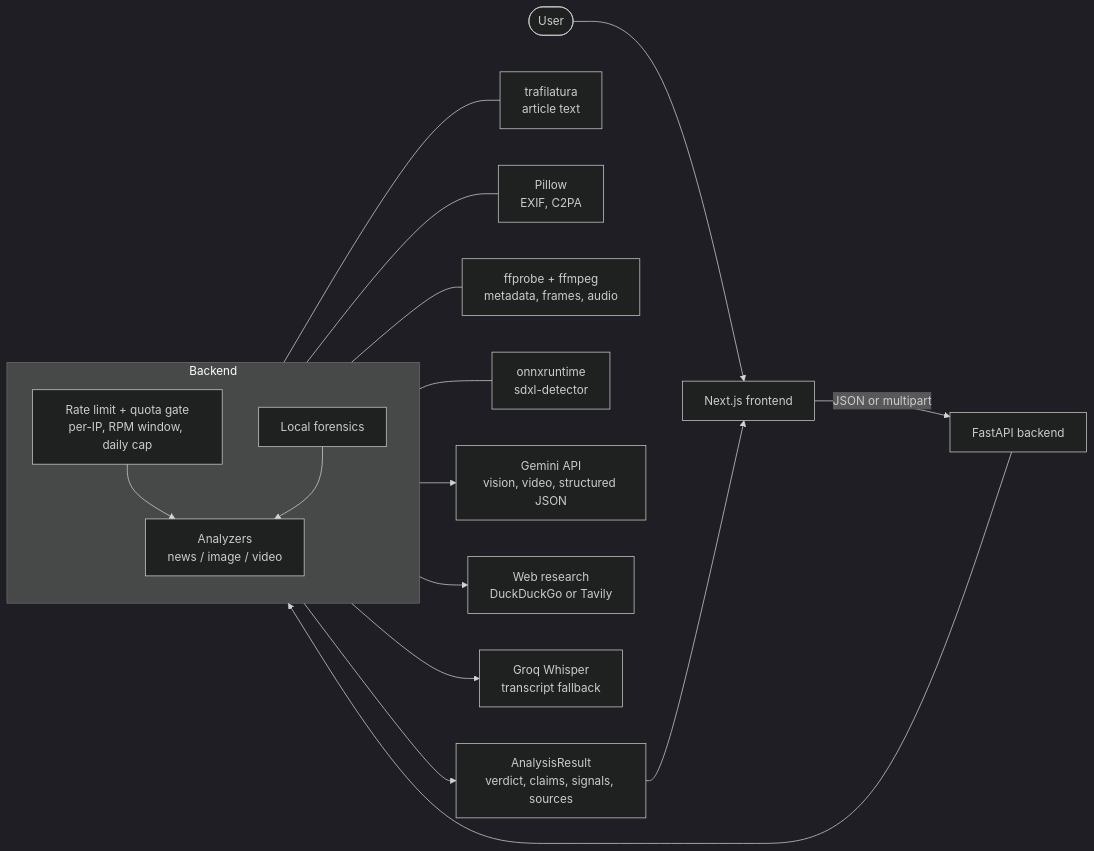
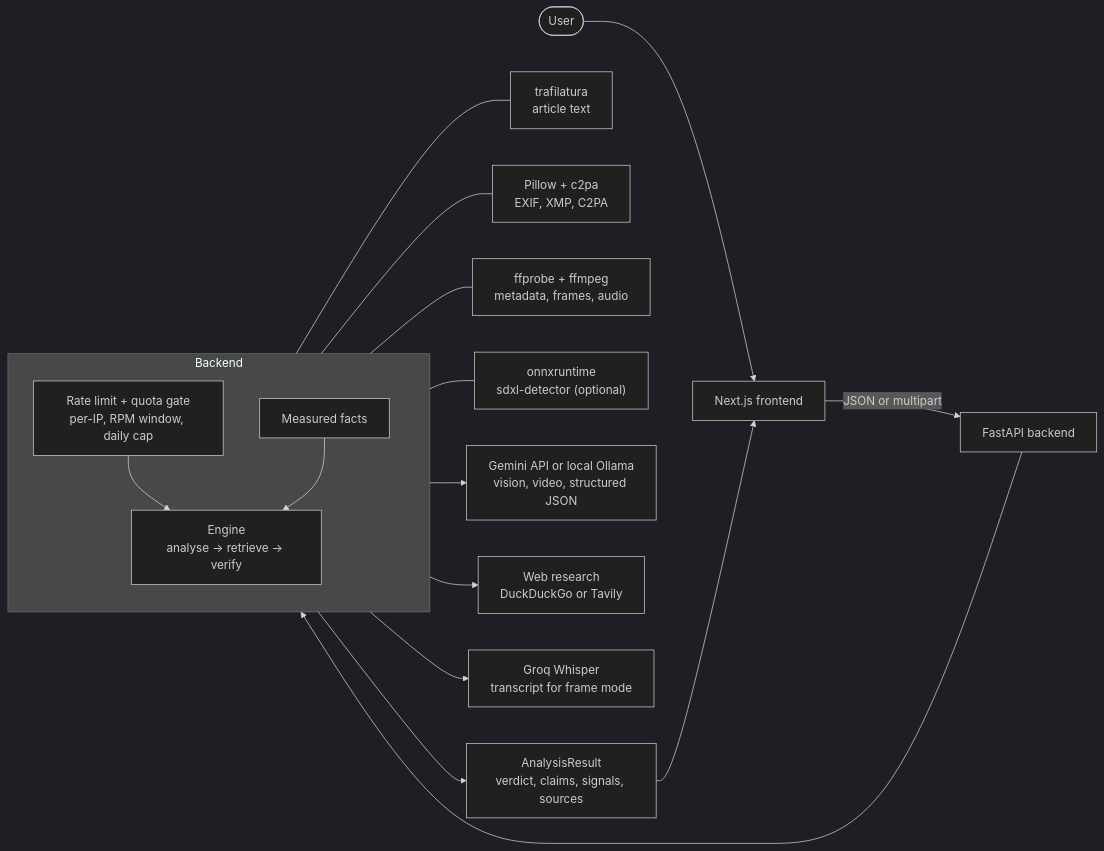
Before and after one commit to muditagrawal-alt/Deepfake-and-Fake-News-Detector: the first of 2 diagrams in README.md, drawn with Mermaid (dark theme). The commit also changed other lines of this file and 32 other files, not shown here.

````diff
--- a/README.md
+++ b/README.md
@@ -46,28 +49,28 @@
 ```mermaid
 flowchart LR
   U([User]) --> FE["Next.js frontend"]
   FE -->|"JSON or multipart"| API["FastAPI backend"]
 
   subgraph API_INTERNALS ["Backend"]
     direction TB
     GATE["Rate limit + quota gate<br/>per-IP, RPM window, daily cap"]
-    FOR["Local forensics"]
-    ANA["Analyzers<br/>news / image / video"]
+    FOR["Measured facts"]
+    ANA["Engine<br/>analyse → retrieve → verify"]
     GATE --> ANA
     FOR --> ANA
   end
 
   API --> GATE
 
   FOR --- F1["trafilatura<br/>article text"]
-  FOR --- F2["Pillow<br/>EXIF, C2PA"]
+  FOR --- F2["Pillow + c2pa<br/>EXIF, XMP, C2PA"]
   FOR --- F3["ffprobe + ffmpeg<br/>metadata, frames, audio"]
-  FOR --- F4["onnxruntime<br/>sdxl-detector"]
+  FOR --- F4["onnxruntime<br/>sdxl-detector (optional)"]
 
-  ANA --> GEM["Gemini API<br/>vision, video, structured JSON"]
+  ANA --> GEM["Gemini API or local Ollama<br/>vision, video, structured JSON"]
   ANA --> RES["Web research<br/>DuckDuckGo or Tavily"]
-  ANA --> WHI["Groq Whisper<br/>transcript fallback"]
+  ANA --> WHI["Groq Whisper<br/>transcript for frame mode"]
 
   ANA --> OUT["AnalysisResult<br/>verdict, claims, signals, sources"]
   OUT --> FE
 ```
````
